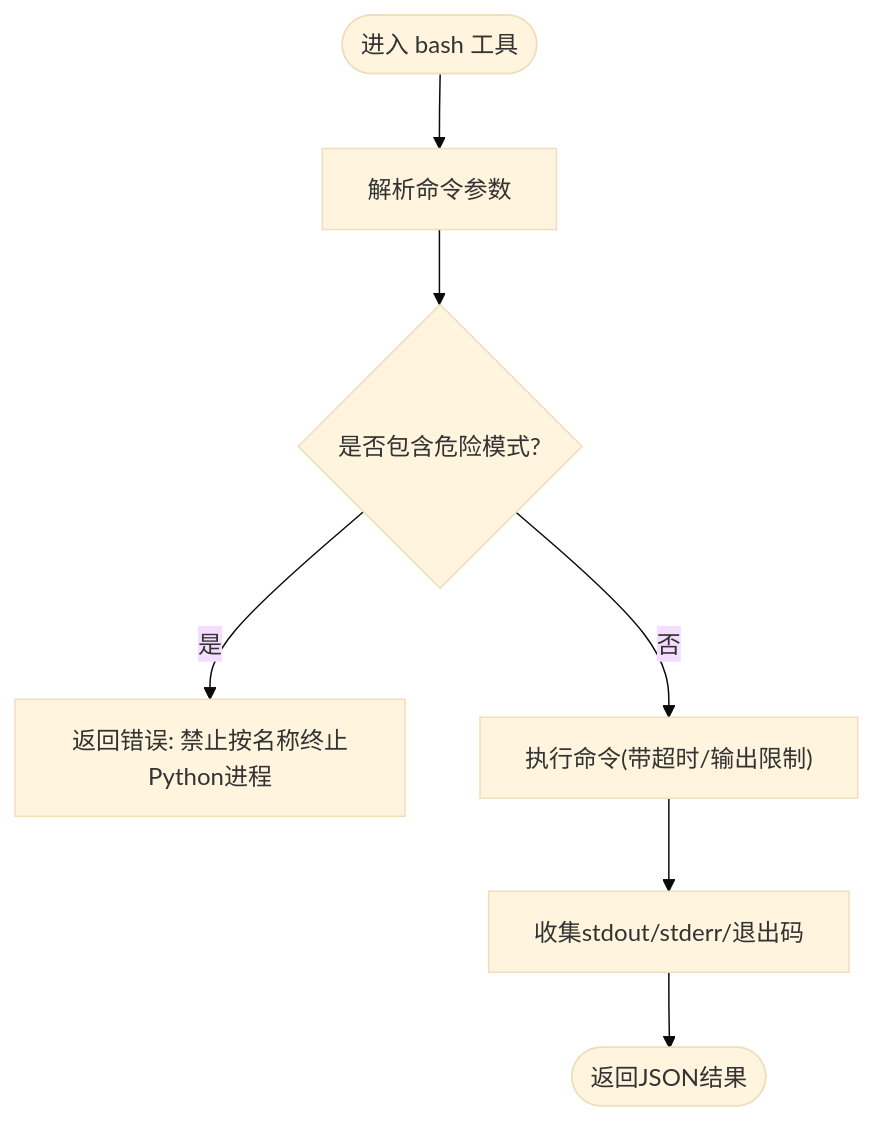
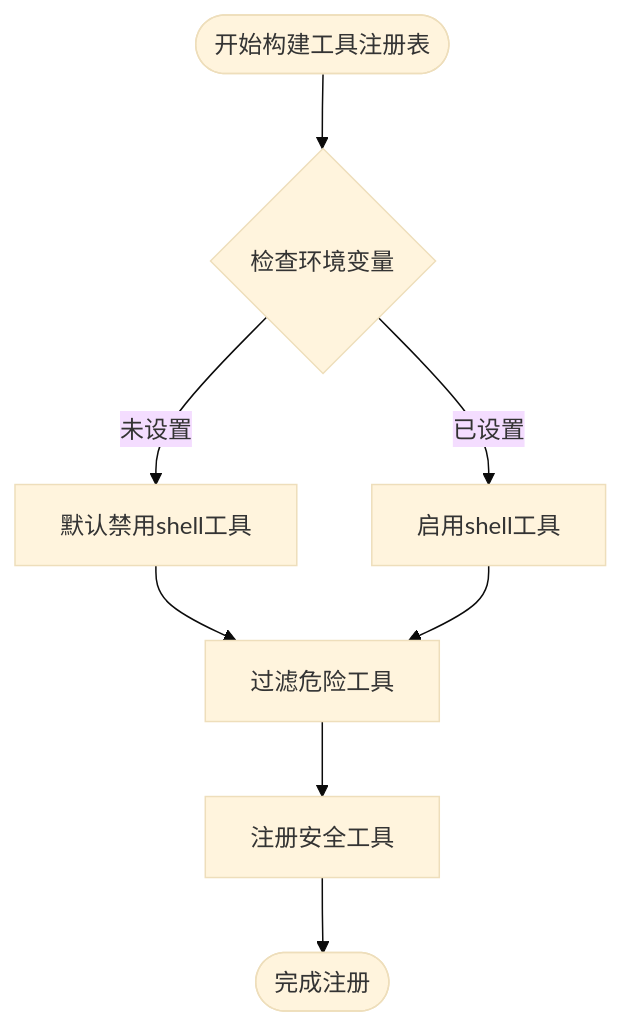
Before and after one commit to 20012002er/Vibe-Trading: the third of 5 diagrams in .qoder/repowiki/zh/content/AI代理系统/工具系统/工具安全控制.md, drawn with Mermaid (base theme). The commit also changed other lines of this file and 7 other files, not shown here.

````diff
--- a/.qoder/repowiki/zh/content/AI代理系统/工具系统/工具安全控制.md
+++ b/.qoder/repowiki/zh/content/AI代理系统/工具系统/工具安全控制.md
@@ -134,9 +151,10 @@
 ```mermaid
 flowchart TD
-Start(["进入 bash 工具"]) --> CheckCmd["解析命令参数"]
-CheckCmd --> SafetyCheck{"是否包含危险模式?"}
-SafetyCheck -- 是 --> Deny["返回错误: 禁止按名称终止Python进程"]
-SafetyCheck -- 否 --> Exec["执行命令(带超时/输出限制)"]
-Exec --> Output["收集stdout/stderr/退出码"]
-Output --> End(["返回JSON结果"])
+Start(["开始构建工具注册表"]) --> CheckEnv{"检查环境变量"}
+CheckEnv -- 未设置 --> DefaultDeny["默认禁用shell工具"]
+CheckEnv -- 已设置 --> EnableTools["启用shell工具"]
+DefaultDeny --> FilterTools["过滤危险工具"]
+EnableTools --> FilterTools
+FilterTools --> RegisterTools["注册安全工具"]
+RegisterTools --> End(["完成注册"])
 ```
````
